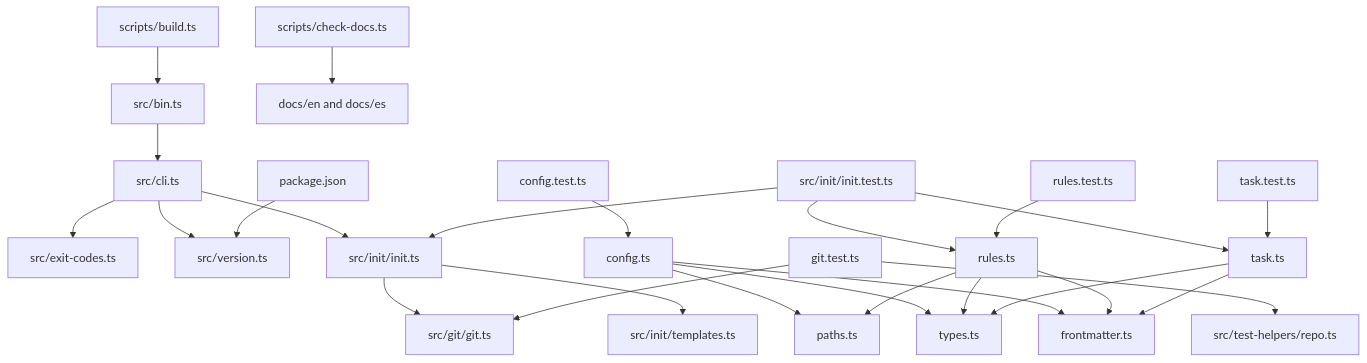
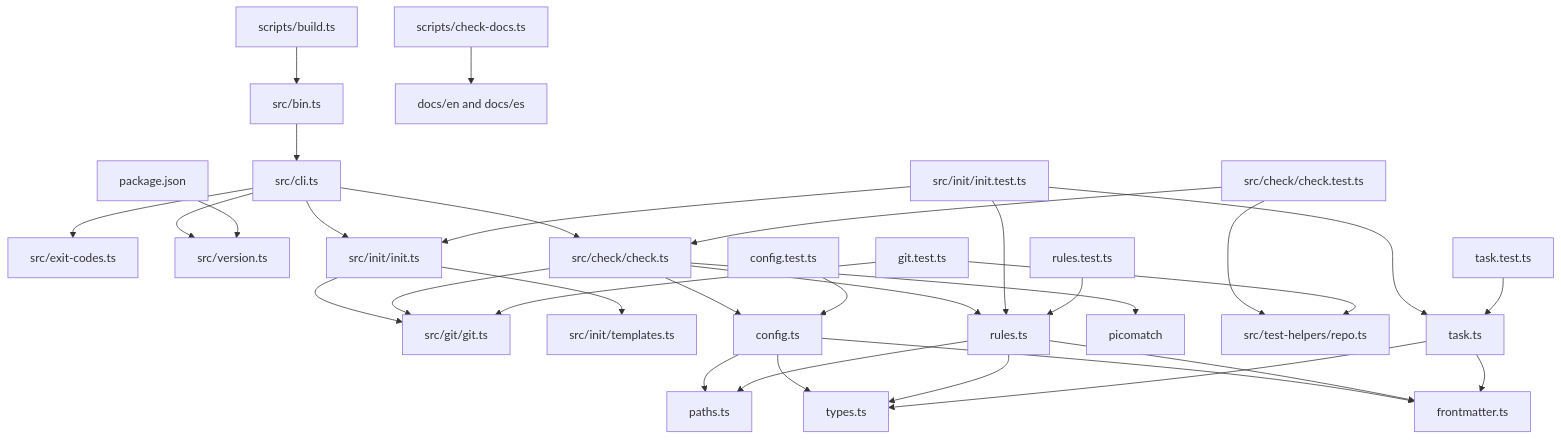
The diagram in docs/en/2-architecture/10-architecture.md (CodeLab614-AI/code-audit), drawn with Mermaid before and after one commit. The commit also changed other lines of this file and 60 other files, not shown here.

Commit message:
feat(check): add check command to validate config, rule ids and file patterns

````diff
--- a/docs/en/2-architecture/10-architecture.md
+++ b/docs/en/2-architecture/10-architecture.md
@@ -8,28 +8,35 @@
 ```mermaid
 flowchart TD
     bin["src/bin.ts"] --> cli["src/cli.ts"]
     cli --> codes["src/exit-codes.ts"]
     cli --> version["src/version.ts"]
     cli --> init["src/init/init.ts"]
+    cli --> check["src/check/check.ts"]
     init --> git["src/git/git.ts"]
     init --> templates["src/init/templates.ts"]
+    check --> config["src/config/config.ts"]
+    check --> rules["src/config/rules.ts"]
+    check --> git["src/git/git.ts"]
+    check --> picomatch["picomatch"]
+    checkTest["src/check/check.test.ts"] --> check
+    checkTest --> repoHelper["src/test-helpers/repo.ts"]
     initTest["src/init/init.test.ts"] --> init
     initTest --> rules["src/config/rules.ts"]
     initTest --> task["src/config/task.ts"]
     pkg["package.json"] --> version
     configTest["config.test.ts"] --> config["config.ts"]
     rulesTest["rules.test.ts"] --> rules["rules.ts"]
     taskTest["task.test.ts"] --> task["task.ts"]
     config --> paths["paths.ts"]
     config --> types["types.ts"]
     config --> frontmatter["frontmatter.ts"]
     rules --> paths
     rules --> types
     rules --> frontmatter
     task --> types
     task --> frontmatter
     gitTest["git.test.ts"] --> git["src/git/git.ts"]
     gitTest --> repoHelper["src/test-helpers/repo.ts"]
     build["scripts/build.ts"] --> bin
     docsCheck["scripts/check-docs.ts"] --> docs["docs/en and docs/es"]
 ```
````
